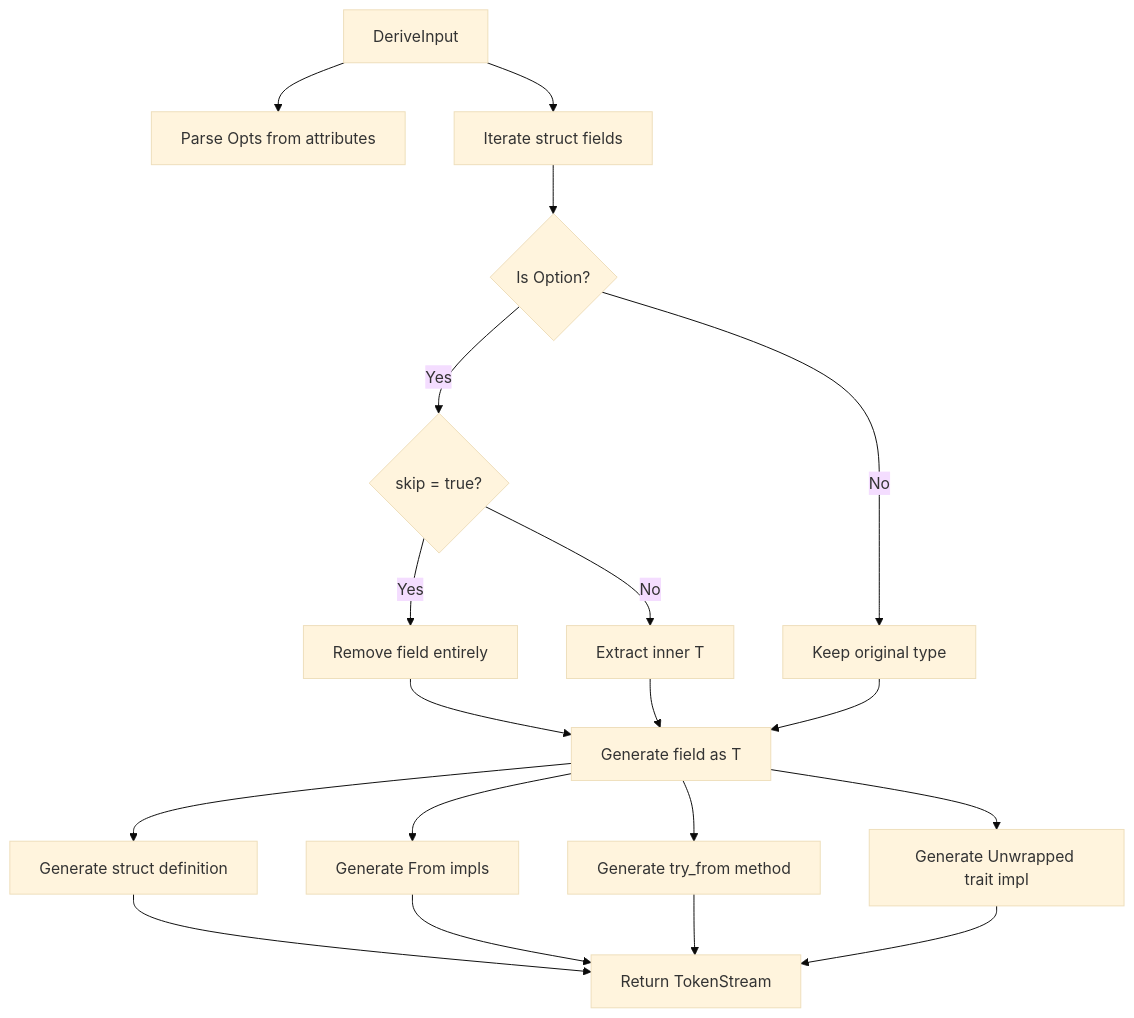
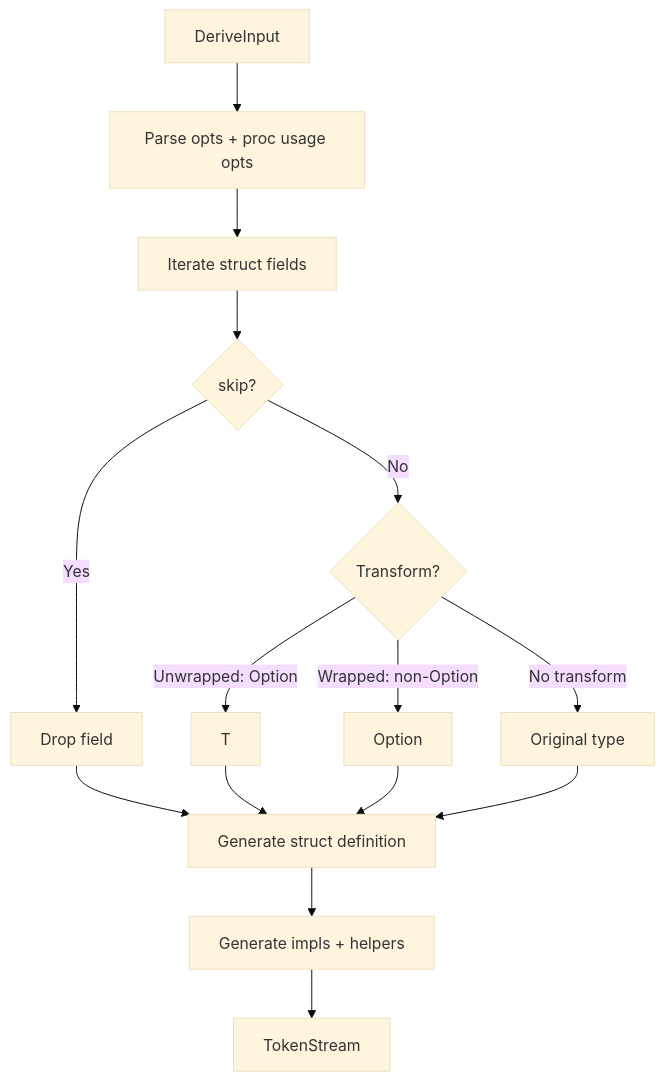
One commit to stayhydated/unwrapped changed the diagram in crates/unwrapped-core/docs/ARCHITECTURE.md. Above: the diagram before and after it, drawn with Mermaid (base theme). The commit also changed other lines of this file and 10 other files, not shown here.

````diff
--- a/crates/unwrapped-core/docs/ARCHITECTURE.md
+++ b/crates/unwrapped-core/docs/ARCHITECTURE.md
@@ -42,21 +81,17 @@
 ```mermaid
 graph TD
-    A[DeriveInput] --> B[Parse Opts from attributes]
-    A --> C[Iterate struct fields]
-    C --> D{Is Option<T>?}
-    D -->|Yes| E{skip = true?}
-    D -->|No| F[Keep original type]
-    E -->|Yes| R[Remove field entirely]
-    E -->|No| G[Extract inner T]
-    G --> H[Generate field as T]
-    F --> H
-    R --> H
-    H --> I[Generate struct definition]
-    H --> J[Generate From impls]
-    H --> K[Generate try_from method]
-    H --> L[Generate Unwrapped trait impl]
-    I --> M[Return TokenStream]
-    J --> M
-    K --> M
-    L --> M
+    A[DeriveInput] --> B[Parse opts + proc usage opts]
+    B --> C[Iterate struct fields]
+    C --> D{skip?}
+    D -->|Yes| E[Drop field]
+    D -->|No| F{Transform?}
+    F -->|Unwrapped: Option<T>| G[T]
+    F -->|Wrapped: non-Option| H[Option<T>]
+    F -->|No transform| I[Original type]
+    E --> J[Generate struct definition]
+    G --> J
+    H --> J
+    I --> J
+    J --> K[Generate impls + helpers]
+    K --> L[TokenStream]
 ```
````
